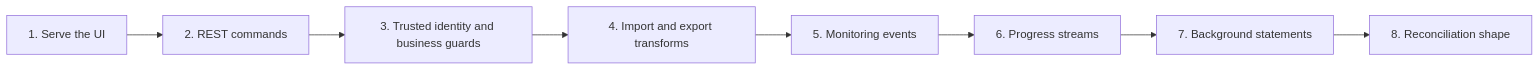
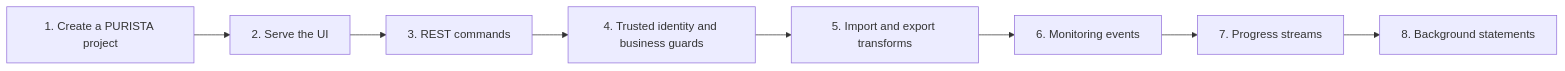
The diagram in web/src/content/tutorials/index.mdx (puristajs/purista), drawn with Mermaid before and after one commit. The commit also changed other lines of this file and 30 other files, not shown here.

````diff
--- a/web/src/content/tutorials/index.mdx
+++ b/web/src/content/tutorials/index.mdx
@@ -18,10 +24,10 @@
 ```mermaid title="The first published learning path"
 flowchart LR
-  UI[1. Serve the UI] --> API[2. REST commands]
-  API --> Access[3. Trusted identity and business guards]
-  Access --> Formats[4. Import and export transforms]
-  Formats --> Events[5. Monitoring events]
-  Events --> Streams[6. Progress streams]
-  Streams --> Jobs[7. Background statements]
-  Jobs --> Reconcile[8. Reconciliation shape]
+  Project[1. Create a PURISTA project] --> UI[2. Serve the UI]
+  UI --> API[3. REST commands]
+  API --> Access[4. Trusted identity and business guards]
+  Access --> Formats[5. Import and export transforms]
+  Formats --> Events[6. Monitoring events]
+  Events --> Streams[7. Progress streams]
+  Streams --> Jobs[8. Background statements]
 ```
````
